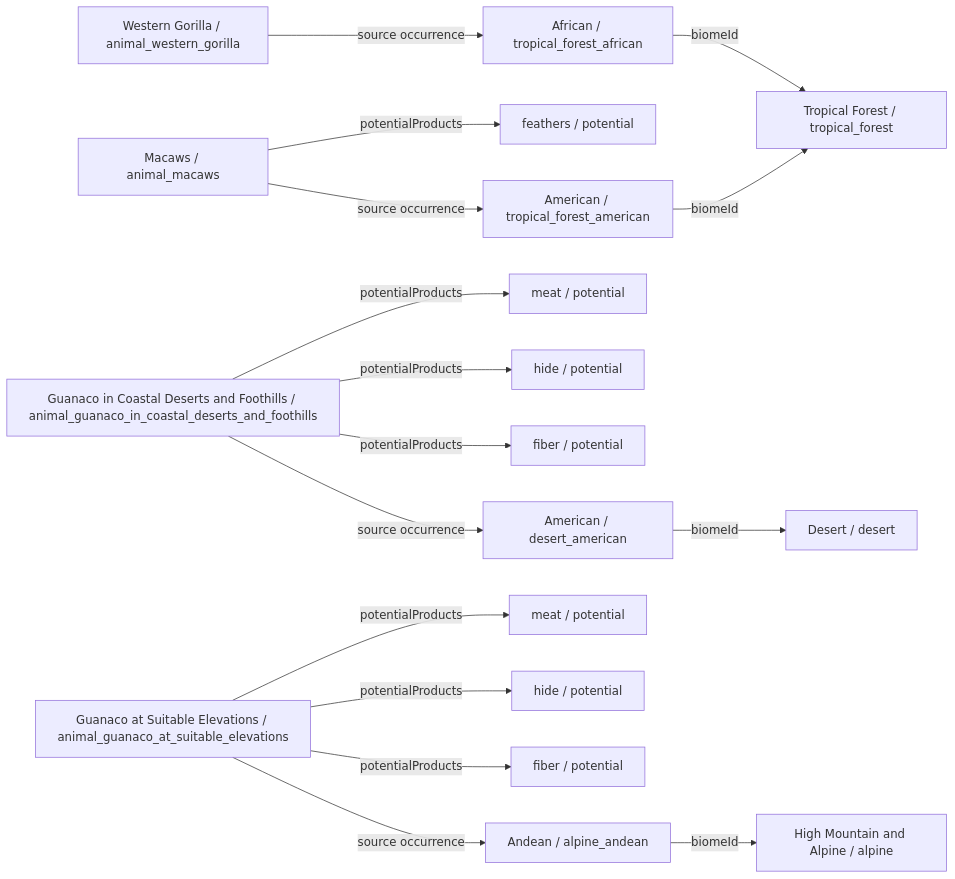
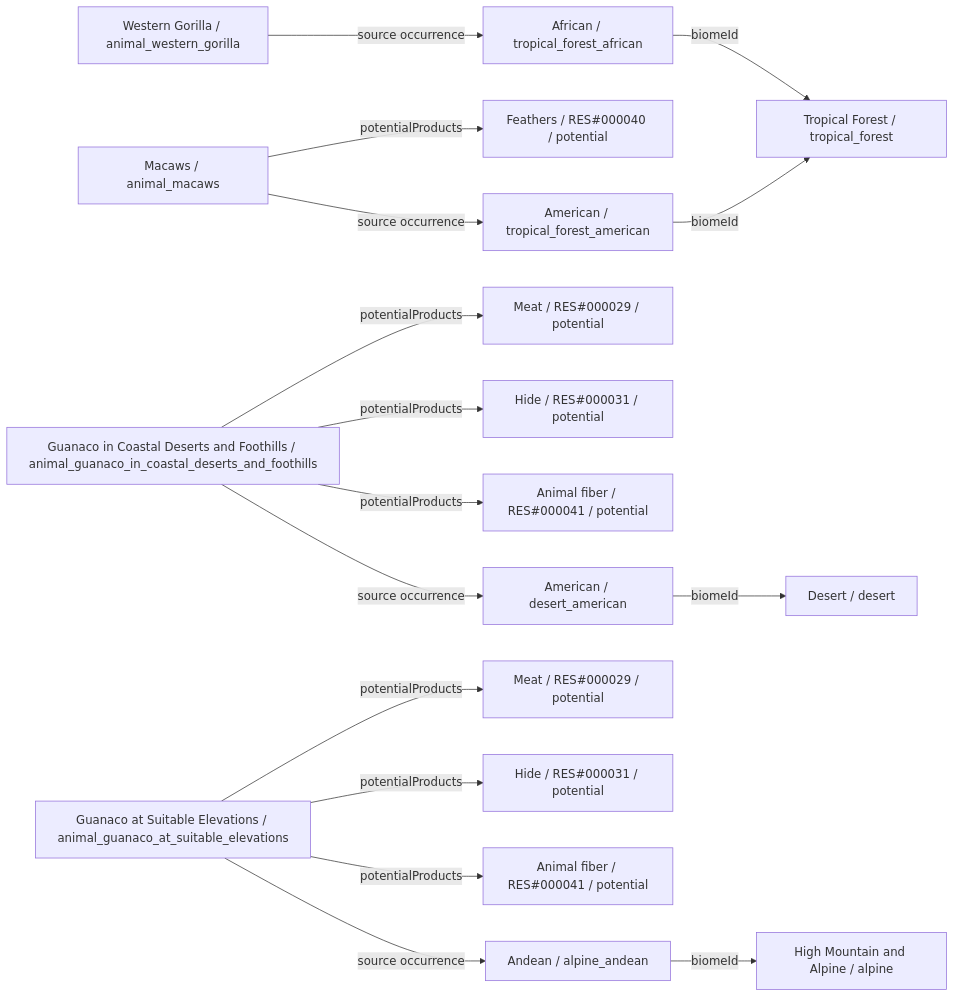
Diagram 15 of 34 in data/animals/DIAGRAMS.md (fgabo404/EvolveDoc), drawn with Mermaid before and after one commit. The commit also changed other lines of this file and 50 other files, not shown here.

````diff
--- a/data/animals/DIAGRAMS.md
+++ b/data/animals/DIAGRAMS.md
@@ -754,36 +754,36 @@
 ```mermaid
 flowchart LR
     c0["Western Gorilla / animal_western_gorilla"]
     v1["African / tropical_forest_african"]
     b0["Tropical Forest / tropical_forest"]
     c1["Macaws / animal_macaws"]
     v0["American / tropical_forest_american"]
-    o1_0["feathers / potential"]
+    o1_0["Feathers / RES#000040 / potential"]
     c2["Guanaco in Coastal Deserts and Foothills / animal_guanaco_in_coastal_deserts_and_foothills"]
     v15["American / desert_american"]
     b4["Desert / desert"]
-    o2_0["meat / potential"]
-    o2_1["hide / potential"]
-    o2_2["fiber / potential"]
+    o2_0["Meat / RES#000029 / potential"]
+    o2_1["Hide / RES#000031 / potential"]
+    o2_2["Animal fiber / RES#000041 / potential"]
     c3["Guanaco at Suitable Elevations / animal_guanaco_at_suitable_elevations"]
     v23["Andean / alpine_andean"]
     b6["High Mountain and Alpine / alpine"]
-    o3_0["meat / potential"]
-    o3_1["hide / potential"]
-    o3_2["fiber / potential"]
+    o3_0["Meat / RES#000029 / potential"]
+    o3_1["Hide / RES#000031 / potential"]
+    o3_2["Animal fiber / RES#000041 / potential"]
     c0 -->|source occurrence| v1
     c1 -->|potentialProducts| o1_0
     c1 -->|source occurrence| v0
     c2 -->|potentialProducts| o2_0
     c2 -->|potentialProducts| o2_1
     c2 -->|potentialProducts| o2_2
     c2 -->|source occurrence| v15
     c3 -->|potentialProducts| o3_0
     c3 -->|potentialProducts| o3_1
     c3 -->|potentialProducts| o3_2
     c3 -->|source occurrence| v23
     v0 -->|biomeId| b0
     v1 -->|biomeId| b0
     v15 -->|biomeId| b4
     v23 -->|biomeId| b6
 ```
````
